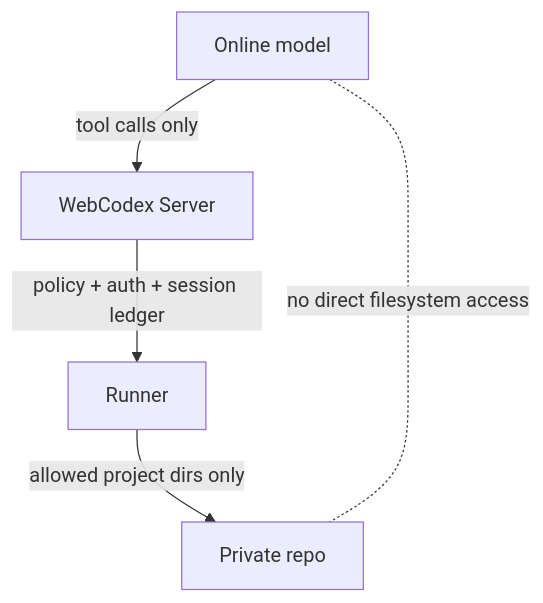
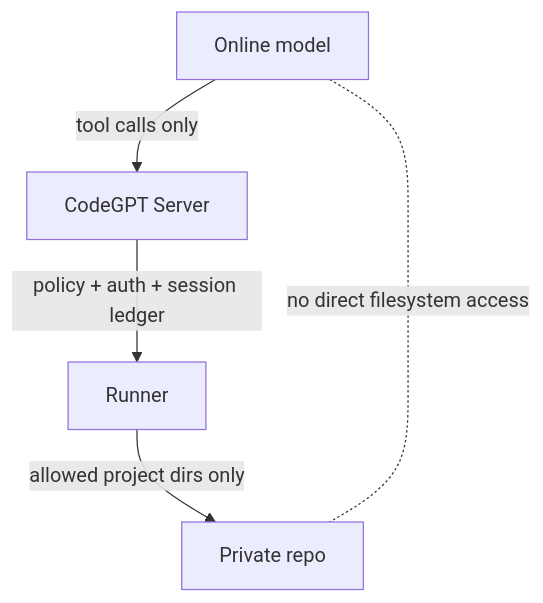
One commit to jackyang1989/CodeGPT changed the second of 2 diagrams in docs/ARCHITECTURE.md. Above: the diagram before and after it, drawn with Mermaid. The commit also changed other lines of this file and 1261 other files, not shown here.

Commit message:
feat: rebrand project to CodeGPT and eliminate all webcodex paths

````diff
--- a/docs/ARCHITECTURE.md
+++ b/docs/ARCHITECTURE.md
@@ -116,7 +116,7 @@
 ```mermaid
 flowchart TD
-  M[Online model] -->|tool calls only| S[WebCodex Server]
+  M[Online model] -->|tool calls only| S[CodeGPT Server]
   S -->|policy + auth + session ledger| R[Runner]
   R -->|allowed project dirs only| P[Private repo]
   M -. no direct filesystem access .- P
 ```
````
